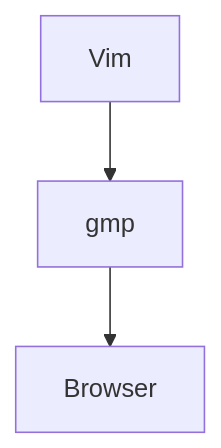
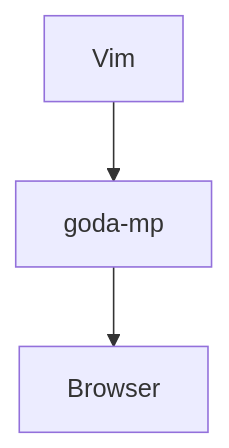
Before and after one commit to airRnot1106/gmp.vim: the diagram in demo/sample.md, drawn with Mermaid. The commit also changed other lines of this file and 20 other files, not shown here.

First line of the commit message:
refactor!: rename gmp.vim to goda-mp.vim

````diff
--- a/demo/sample.md
+++ b/demo/sample.md
@@ -20,5 +20,5 @@
 ```mermaid
 graph TD
-  A[Vim] --> B[gmp]
+  A[Vim] --> B[goda-mp]
   B --> C[Browser]
 ```
````
